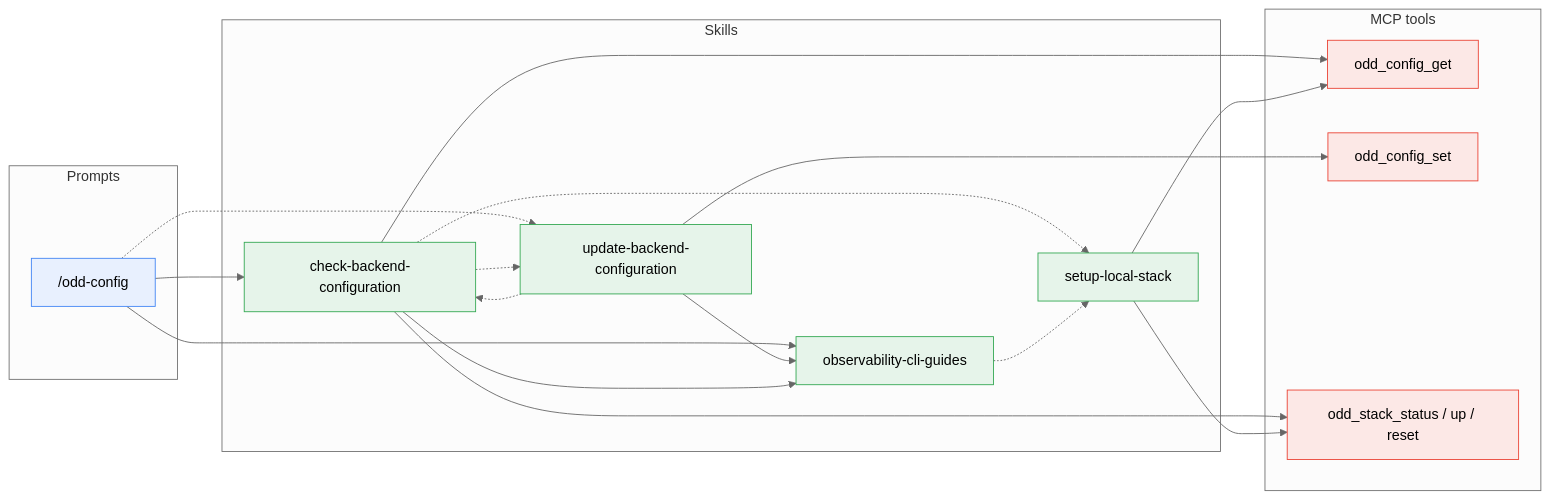
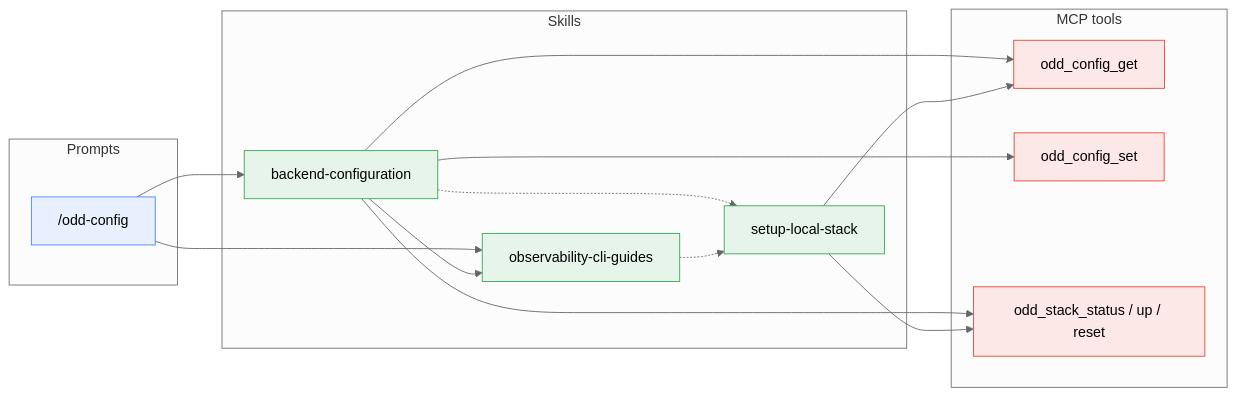
Before and after one commit to using-system/oddyssey: the sixth of 7 diagrams in docs/guide/dependencies.md, drawn with Mermaid (neutral theme). The commit also changed other lines of this file and 14 other files, not shown here.

First line of the commit message:
feat(skill): backend-configuration - one skill for the check and the switch of the configured backend

````diff
--- a/docs/guide/dependencies.md
+++ b/docs/guide/dependencies.md
@@ -364,43 +360,38 @@
 ```mermaid
 flowchart LR
   subgraph Prompts
     config["/odd-config"]
   end
 
   subgraph Skills
-    cbc[check-backend-configuration]
-    ubc[update-backend-configuration]
+    bc[backend-configuration]
     ocg[observability-cli-guides]
     sls[setup-local-stack]
   end
 
   subgraph MCP["MCP tools"]
     cfgget[odd_config_get]
     cfgset[odd_config_set]
     stack[odd_stack_status / up / reset]
   end
 
-  config --> cbc
-  config -.-> ubc
+  config --> bc
   config --> ocg
 
-  ubc --> ocg
-  ubc --> cfgset
-  ubc -.-> cbc
+  bc --> ocg
+  bc --> cfgset
 
-  cbc -.-> sls
-  cbc -.-> ubc
-  cbc --> ocg
-  cbc --> cfgget
-  cbc --> stack
+  bc -.-> sls
+  bc --> cfgget
+  bc --> stack
   ocg -.-> sls
   sls --> cfgget
   sls --> stack
 
   classDef prompt fill:#e8f0fe,stroke:#4285f4
   classDef skill fill:#e6f4ea,stroke:#34a853
   classDef mcp fill:#fce8e6,stroke:#ea4335
   class config prompt
-  class cbc,ubc,ocg,sls skill
+  class bc,ocg,sls skill
   class cfgget,cfgset,stack mcp
 ```
````
